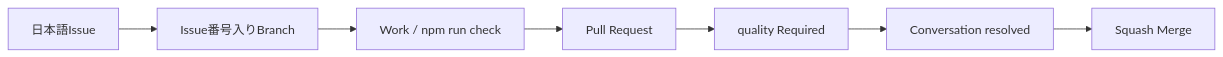
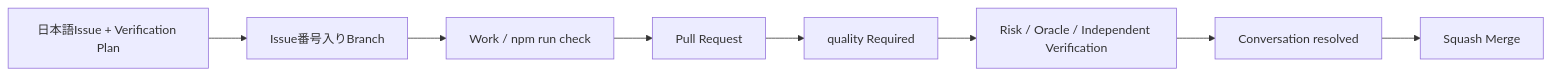
The third of 4 diagrams in README.md (k-systems202208/nextjs-supabase-vercel-webapp-template), drawn with Mermaid before and after one commit. The commit also changed other lines of this file and 6 other files, not shown here.

````diff
--- a/README.md
+++ b/README.md
@@ -150,9 +153,10 @@
 ```mermaid
 flowchart LR
-    I["日本語Issue"] --> B["Issue番号入りBranch"]
+    I["日本語Issue + Verification Plan"] --> B["Issue番号入りBranch"]
     B --> W["Work / npm run check"]
     W --> P["Pull Request"]
     P --> Q["quality Required"]
-    Q --> R["Conversation resolved"]
+    Q --> V["Risk / Oracle / Independent Verification"]
+    V --> R["Conversation resolved"]
     R --> M["Squash Merge"]
 ```
````
